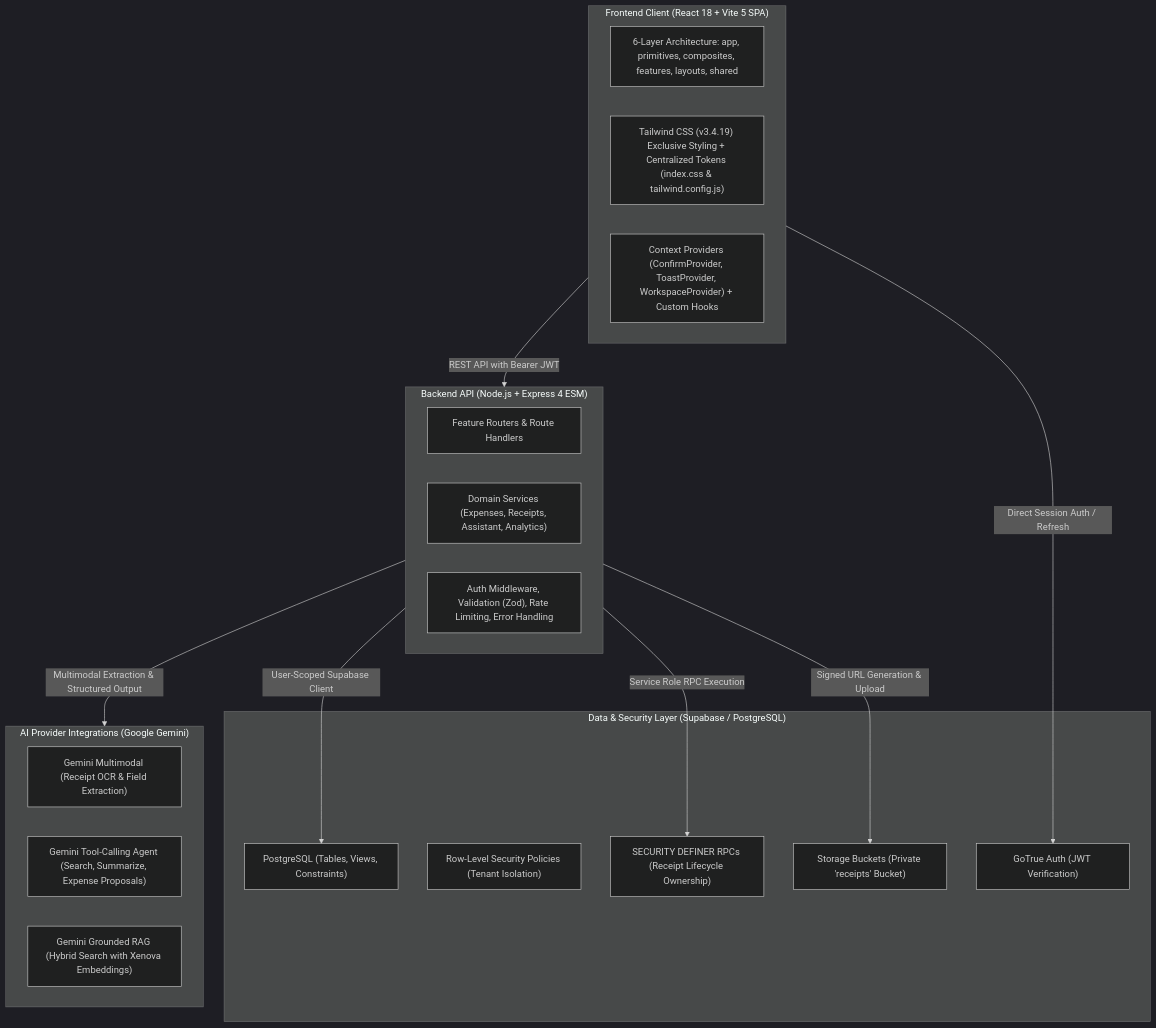
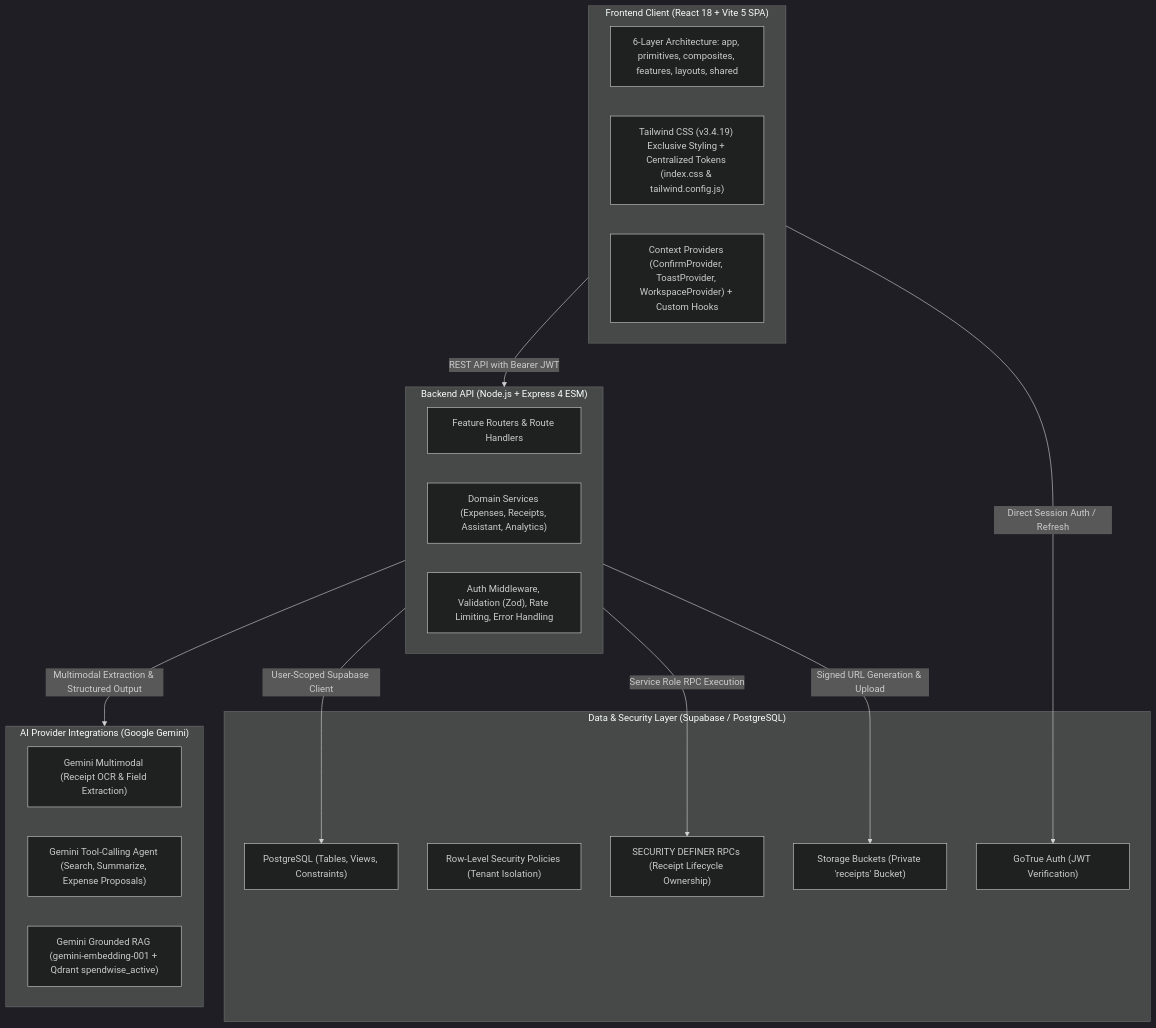
One commit to PhongUTE19/MTSE_Final changed the first of 7 diagrams in docs/engineering/architecture.md. Above: the diagram before and after it, drawn with Mermaid (dark theme). The commit also changed other lines of this file and 65 other files, not shown here.

````diff
--- a/docs/engineering/architecture.md
+++ b/docs/engineering/architecture.md
@@ -14,35 +14,35 @@
 ```mermaid
 flowchart TD
     subgraph Client["Frontend Client (React 18 + Vite 5 SPA)"]
         UI["6-Layer Architecture: app, primitives, composites, features, layouts, shared"]
         CSS["Tailwind CSS (v3.4.19) Exclusive Styling + Centralized Tokens (index.css & tailwind.config.js)"]
         State["Context Providers (ConfirmProvider, ToastProvider, WorkspaceProvider) + Custom Hooks"]
     end
 
     subgraph Server["Backend API (Node.js + Express 4 ESM)"]
         Routes["Feature Routers & Route Handlers"]
         Services["Domain Services (Expenses, Receipts, Assistant, Analytics)"]
         Middleware["Auth Middleware, Validation (Zod), Rate Limiting, Error Handling"]
     end
 
     subgraph Supabase["Data & Security Layer (Supabase / PostgreSQL)"]
         DB["PostgreSQL (Tables, Views, Constraints)"]
         RLS["Row-Level Security Policies (Tenant Isolation)"]
         RPC["SECURITY DEFINER RPCs (Receipt Lifecycle Ownership)"]
         Storage["Storage Buckets (Private 'receipts' Bucket)"]
         Auth["GoTrue Auth (JWT Verification)"]
     end
 
     subgraph AI["AI Provider Integrations (Google Gemini)"]
         GeminiFlash["Gemini Multimodal (Receipt OCR & Field Extraction)"]
         GeminiAgent["Gemini Tool-Calling Agent (Search, Summarize, Expense Proposals)"]
-        GeminiRAG["Gemini Grounded RAG (Hybrid Search with Xenova Embeddings)"]
+        GeminiRAG["Gemini Grounded RAG (gemini-embedding-001 + Qdrant spendwise_active)"]
     end
 
     Client -->|REST API with Bearer JWT| Server
     Client -->|Direct Session Auth / Refresh| Auth
     Server -->|User-Scoped Supabase Client| DB
     Server -->|Service Role RPC Execution| RPC
     Server -->|Signed URL Generation & Upload| Storage
     Server -->|Multimodal Extraction & Structured Output| AI
 ```
````
